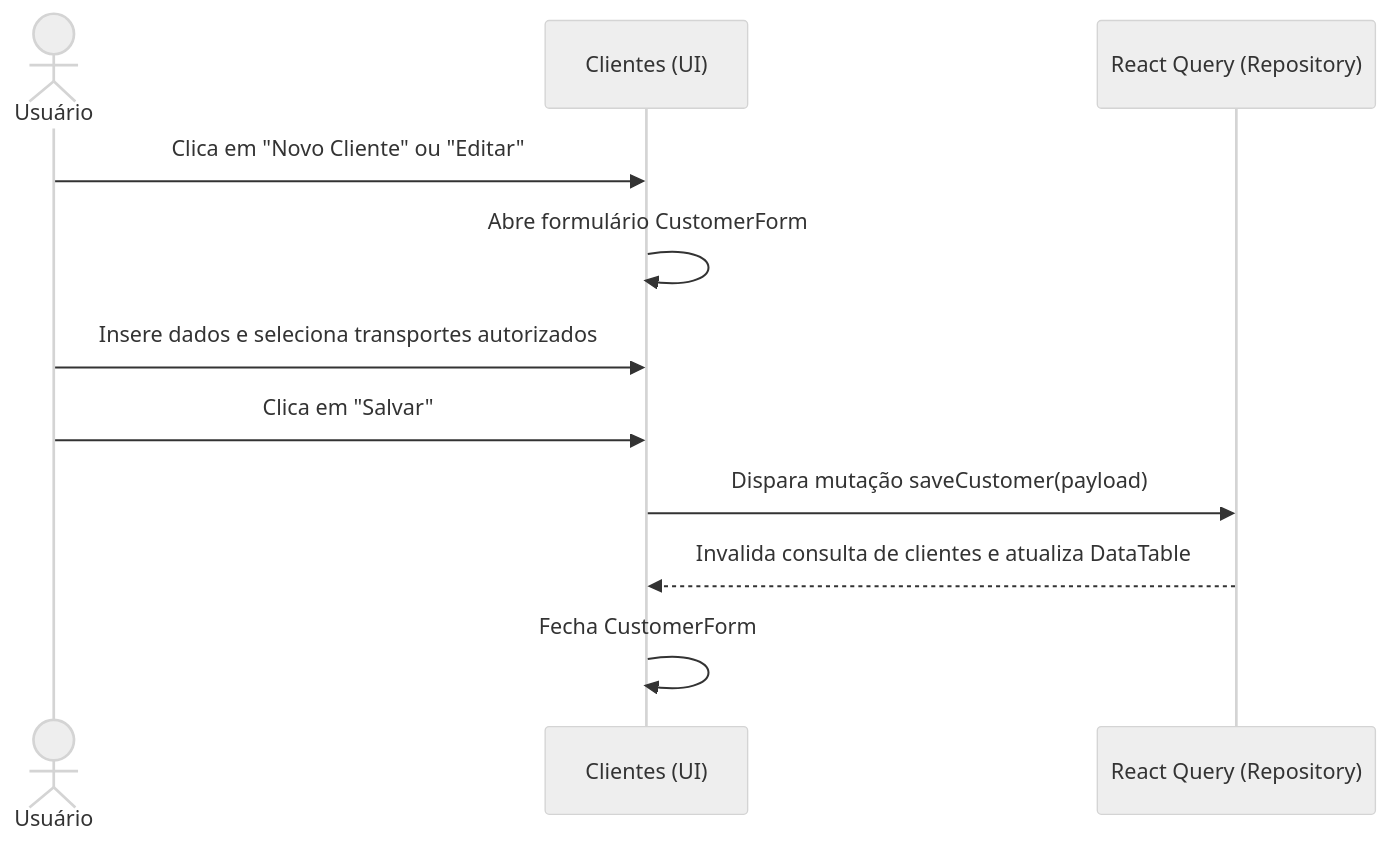
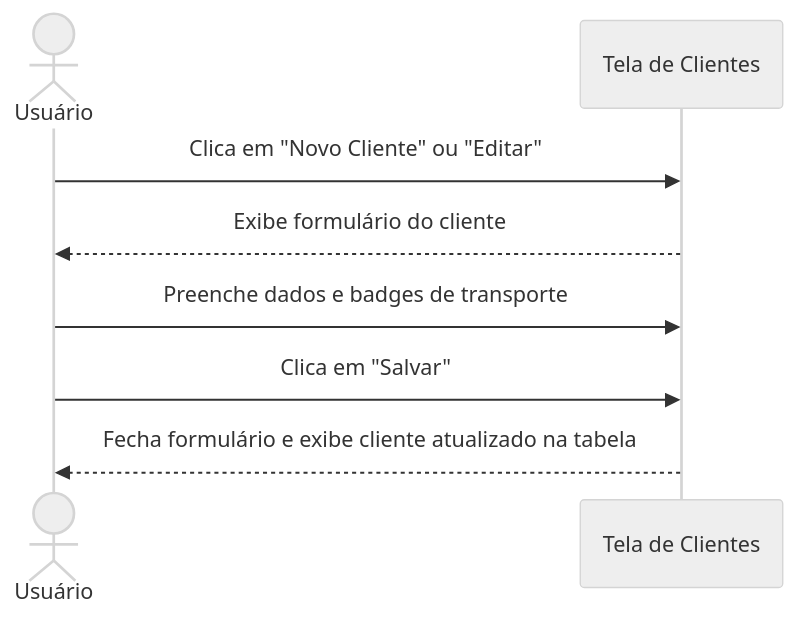
One commit to EdDevFront/sales-order-management-system changed the first of 2 diagrams in docs/customers/README.md. Above: the diagram before and after it, drawn with Mermaid (neutral theme). The commit also changed other lines of this file and 5 other files, not shown here.

Commit message:
docs: add technical and non-technical sequence diagrams for all pages

````diff
--- a/docs/customers/README.md
+++ b/docs/customers/README.md
@@ -11,14 +13,11 @@
 ```mermaid
 sequenceDiagram
     actor Usuario as Usuário
-    participant UI as Clientes (UI)
-    participant Repo as React Query (Repository)
+    participant Tela as Tela de Clientes
 
-    Usuario->>UI: Clica em "Novo Cliente" ou "Editar"
-    UI->>UI: Abre formulário CustomerForm
-    Usuario->>UI: Insere dados e seleciona transportes autorizados
-    Usuario->>UI: Clica em "Salvar"
-    UI->>Repo: Dispara mutação saveCustomer(payload)
-    Repo-->>UI: Invalida consulta de clientes e atualiza DataTable
-    UI->>UI: Fecha CustomerForm
+    Usuario->>Tela: Clica em "Novo Cliente" ou "Editar"
+    Tela-->>Usuario: Exibe formulário do cliente
+    Usuario->>Tela: Preenche dados e badges de transporte
+    Usuario->>Tela: Clica em "Salvar"
+    Tela-->>Usuario: Fecha formulário e exibe cliente atualizado na tabela
 ```
````
